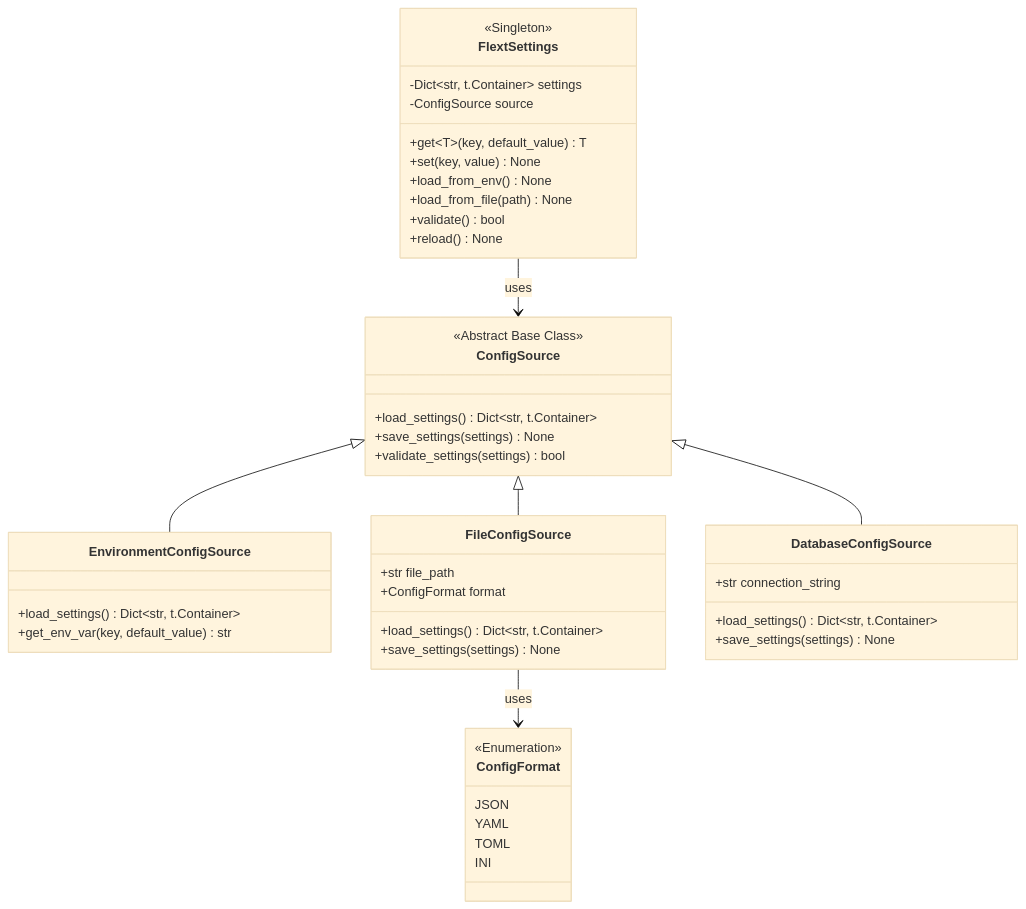
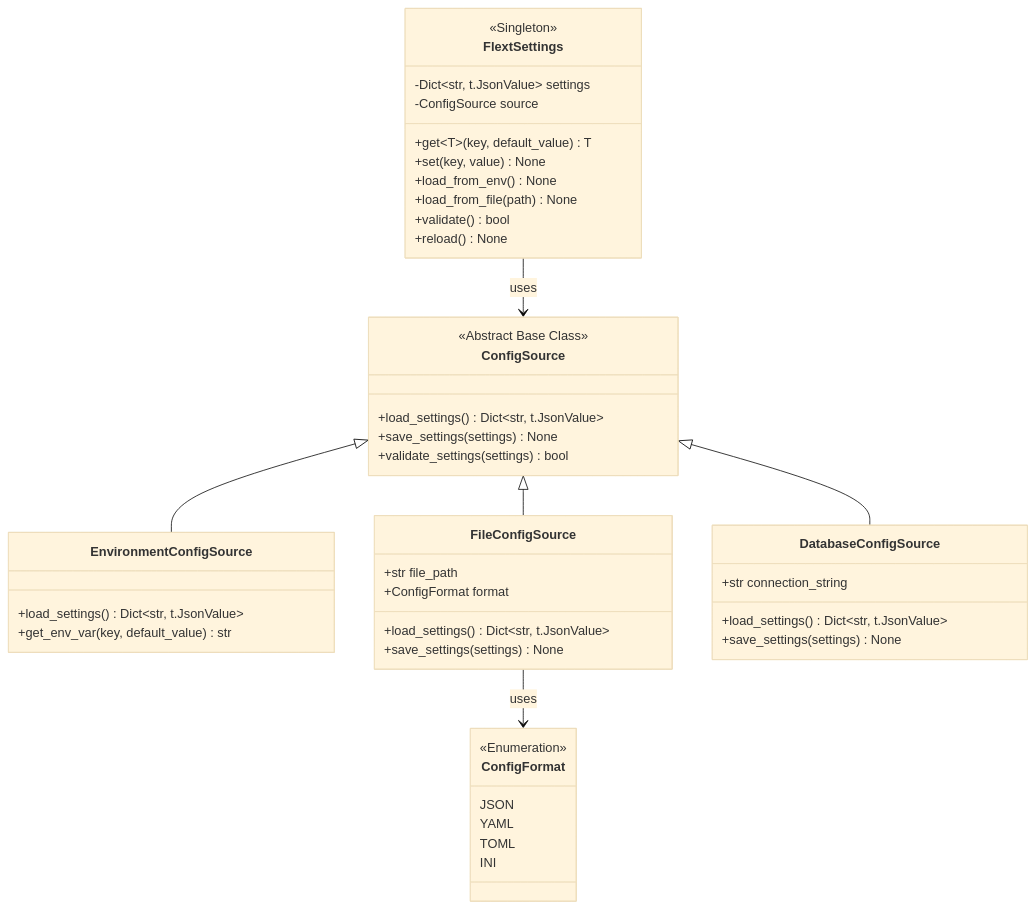
Before and after one commit to flext-sh/flext: the ninth of 10 diagrams in docs/architecture/c4-model/code-diagrams.md, drawn with Mermaid (base theme). The commit also changed other lines of this file and 117 other files, not shown here.

````diff
--- a/docs/architecture/c4-model/code-diagrams.md
+++ b/docs/architecture/c4-model/code-diagrams.md
@@ -463,53 +463,53 @@
 ```mermaid
 classDiagram
     class FlextSettings {
         <<Singleton>>
-        -Dict~str, t.Container~ settings
+        -Dict~str, t.JsonValue~ settings
         -ConfigSource source
         +get~T~(key, default_value) T
         +set(key, value) None
         +load_from_env() None
         +load_from_file(path) None
         +validate() bool
         +reload() None
     }
 
     class ConfigSource {
         <<Abstract Base Class>>
-        +load_settings() Dict~str, t.Container~
+        +load_settings() Dict~str, t.JsonValue~
         +save_settings(settings) None
         +validate_settings(settings) bool
     }
 
     class EnvironmentConfigSource {
-        +load_settings() Dict~str, t.Container~
+        +load_settings() Dict~str, t.JsonValue~
         +get_env_var(key, default_value) str
     }
 
     class FileConfigSource {
         +str file_path
         +ConfigFormat format
-        +load_settings() Dict~str, t.Container~
+        +load_settings() Dict~str, t.JsonValue~
         +save_settings(settings) None
     }
 
     class DatabaseConfigSource {
         +str connection_string
-        +load_settings() Dict~str, t.Container~
+        +load_settings() Dict~str, t.JsonValue~
         +save_settings(settings) None
     }
 
     class ConfigFormat {
         <<Enumeration>>
         JSON
         YAML
         TOML
         INI
     }
 
     FlextSettings --> ConfigSource : uses
     ConfigSource <|-- EnvironmentConfigSource
     ConfigSource <|-- FileConfigSource
     ConfigSource <|-- DatabaseConfigSource
     FileConfigSource --> ConfigFormat : uses
 ```
````
